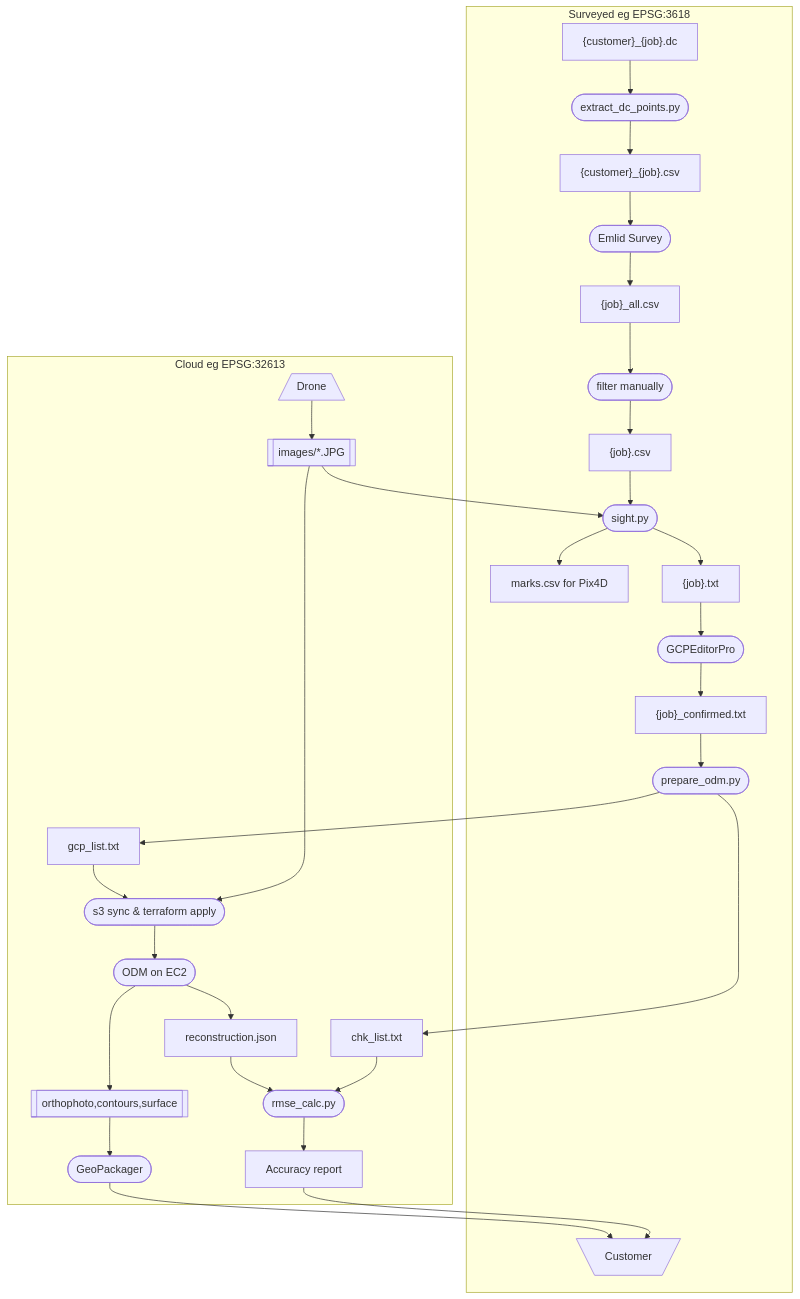
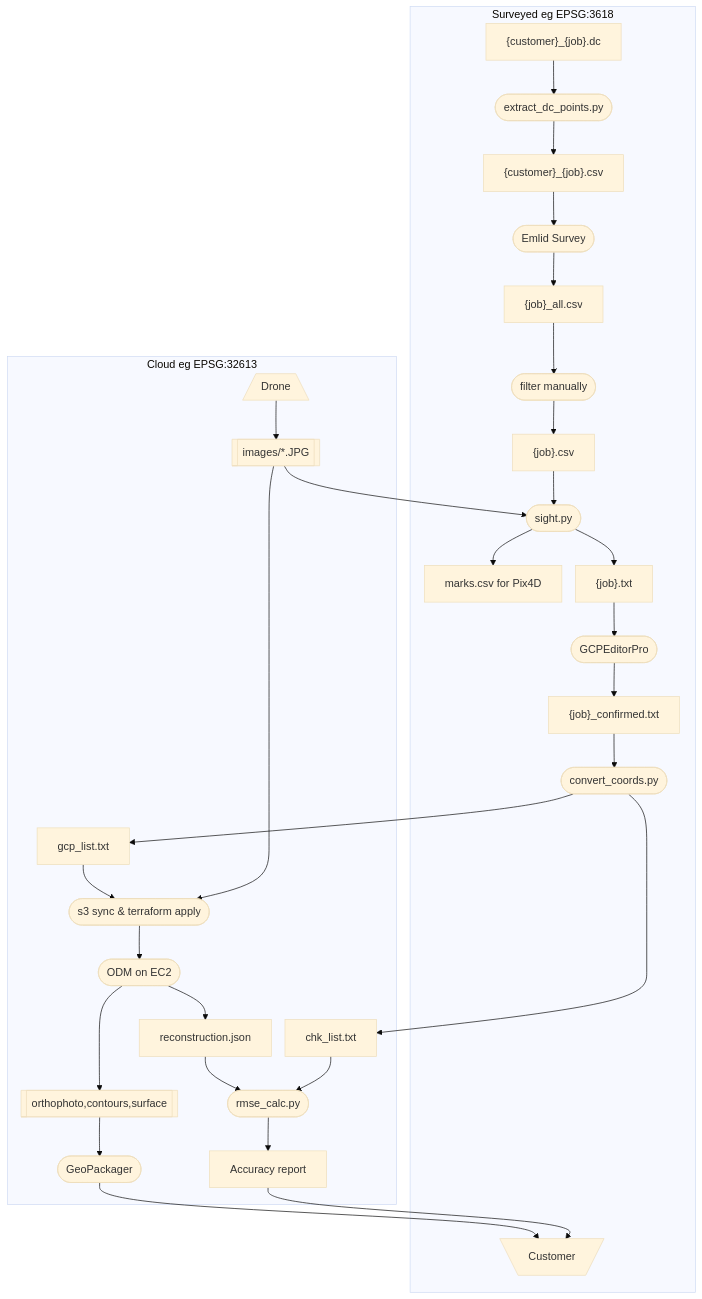
One commit to jrstear/geo changed the diagram in docs/odm-workflow.md. Above: the diagram before and after it, drawn with Mermaid. The commit also changed other lines of this file and 4 other files, not shown here.

First line of the commit message:
feat: rename prepare_odm.py → convert_coords.py (geo-7q9)

````diff
--- a/docs/odm-workflow.md
+++ b/docs/odm-workflow.md
@@ -9,56 +9,57 @@
 ```mermaid
+%%{init: {'theme': 'base', 'flowchart': {'nodeSpacing': 20}}}%%
 flowchart TD
     cust_dc["{customer}_{job}.dc"]
     extract(["extract_dc_points.py"])
     cust_csv["{customer}_{job}.csv"]
     emlid(["Emlid Survey"])
     all["{job}_all.csv"]
     filter(["filter manually"])
     filtered["{job}.csv"]
     sight(["sight.py"])
     marks["marks.csv for Pix4D"]
     targets["{job}.txt"]
     gcpeditor(["GCPEditorPro"])
     confirmed["{job}_confirmed.txt"]
-    prepare(["prepare_odm.py"])
+    prepare(["convert_coords.py"])
     control["gcp_list.txt"]
     check["chk_list.txt"]
     s3(["s3 sync & terraform apply"])
     odm(["ODM on EC2"])
     rmse(["rmse_calc.py"])
     drone[/"Drone"\]
     images[["images/*.JPG"]]
     deliverables[["orthophoto,contours,surface"]]
     packager(["GeoPackager"])
     report["Accuracy report"]
     model["reconstruction.json"]
     customer[\"Customer"/]
 
 	subgraph Surveyed eg EPSG:3618
 	    cust_dc --> extract --> cust_csv --> emlid
 	    emlid --> all --> filter --> filtered
 	    filtered --> sight --> targets
 	    sight --> marks
 	    targets --> gcpeditor
 	    gcpeditor --> confirmed
 	    confirmed --> prepare
 	    customer
 	end
     
     subgraph Cloud eg EPSG:32613
 	    drone --> images
 	    prepare --> control
 	    prepare --> check
 	    control --> s3
 	    s3 --> odm --> deliverables
 	    odm --> model --> rmse
 	    check --> rmse --> report
             deliverables --> packager
 	end
 
     images --> sight
     images --> s3
     packager --> customer
     report --> customer
 
 ```
````
